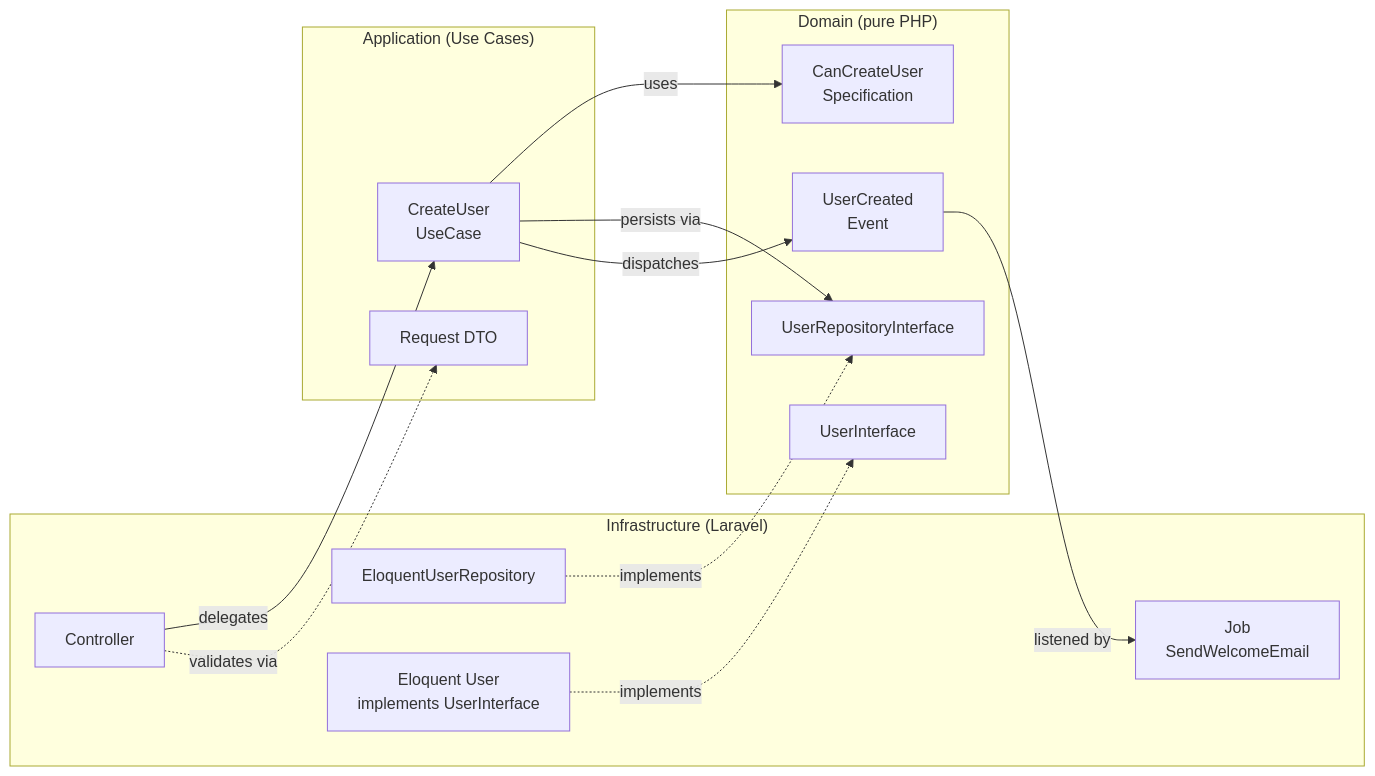
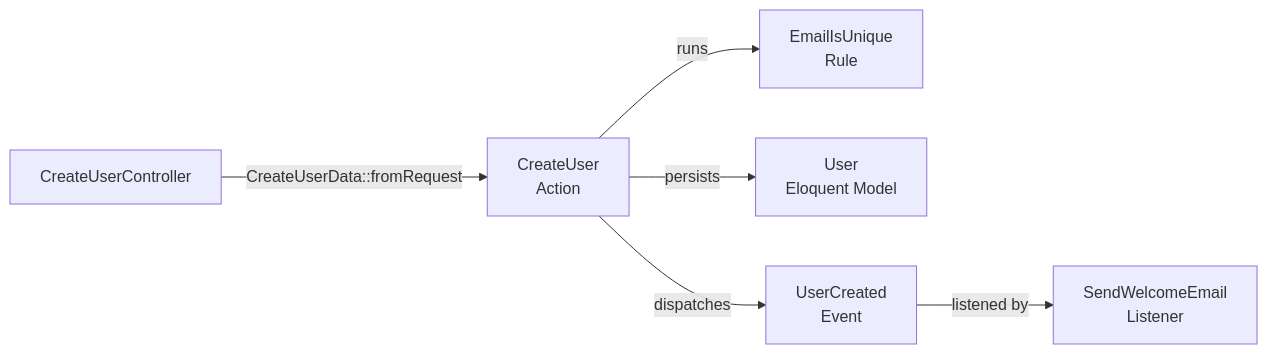
One commit to Zul3s/quote-pro changed the first of 2 diagrams in README.md. Above: the diagram before and after it, drawn with Mermaid. The commit also changed other lines of this file and 1 other file, not shown here.

First line of the commit message:
docs: align README and architecture doc with layered Laravel

````diff
--- a/README.md
+++ b/README.md
@@ -96,28 +105,8 @@
 ```mermaid
 flowchart LR
-    subgraph Infra["Infrastructure (Laravel)"]
-        C[Controller]
-        R[EloquentUserRepository]
-        J[Job<br/>SendWelcomeEmail]
-        E[Eloquent User<br/>implements UserInterface]
-    end
-    subgraph App["Application (Use Cases)"]
-        UC[CreateUser<br/>UseCase]
-        REQ[Request DTO]
-    end
-    subgraph Dom["Domain (pure PHP)"]
-        UI[UserInterface]
-        SPEC[CanCreateUser<br/>Specification]
-        EV[UserCreated<br/>Event]
-        REPI[UserRepositoryInterface]
-    end
-
-    C -->|delegates| UC
-    C -.->|validates via| REQ
-    UC -->|uses| SPEC
-    UC -->|persists via| REPI
-    UC -->|dispatches| EV
-    R -.->|implements| REPI
-    E -.->|implements| UI
-    EV -->|listened by| J
+    C[CreateUserController] -->|CreateUserData::fromRequest| UC[CreateUser<br/>Action]
+    UC -->|runs| RULE[EmailIsUnique<br/>Rule]
+    UC -->|persists| M[User<br/>Eloquent Model]
+    UC -->|dispatches| EV[UserCreated<br/>Event]
+    EV -->|listened by| L[SendWelcomeEmail<br/>Listener]
 ```
````
